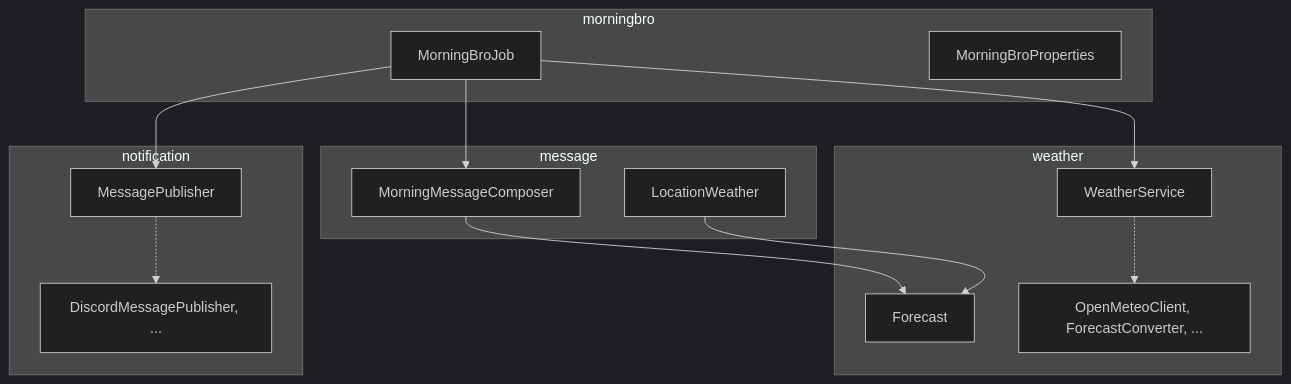
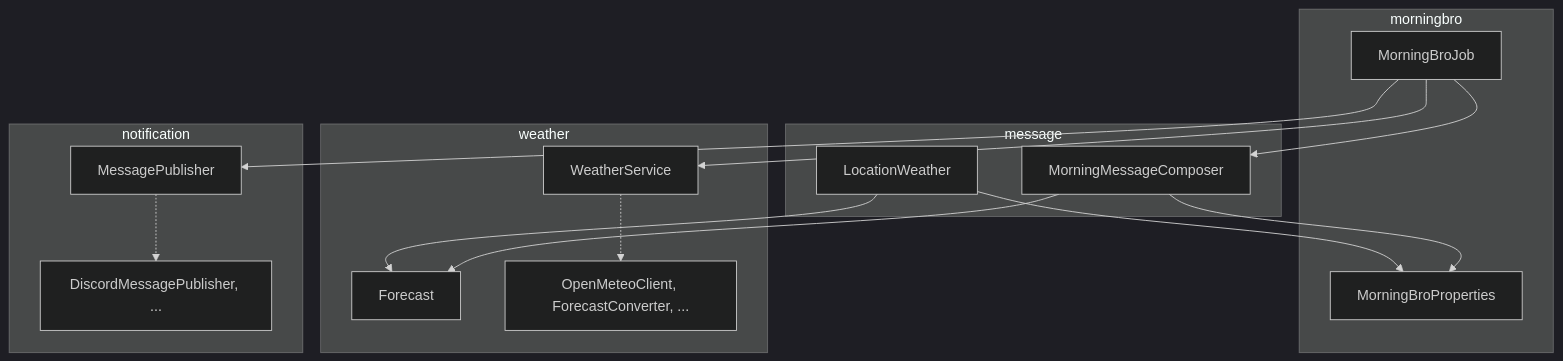
One commit to lefpap/morning-bro changed the second of 3 diagrams in docs/architecture.md. Above: the diagram before and after it, drawn with Mermaid (dark theme). The commit also changed other lines of this file, not shown here.

Commit message:
docs(#07): ground architecture design decisions in recorded reasons

````diff
--- a/docs/architecture.md
+++ b/docs/architecture.md
@@ -30,25 +30,27 @@
 ```mermaid
 flowchart TB
     subgraph root["morningbro"]
         Job["MorningBroJob"]
         Props["MorningBroProperties"]
     end
     subgraph weather["weather"]
         WS["WeatherService"]
         FC["Forecast"]
         WS -.-> OMC["OpenMeteoClient, ForecastConverter, ..."]
     end
     subgraph message["message"]
         MC["MorningMessageComposer"]
         LW["LocationWeather"]
     end
     subgraph notification["notification"]
         MP["MessagePublisher"]
         MP -.-> DMP["DiscordMessagePublisher, ..."]
     end
     Job --> WS
     Job --> MC
     Job --> MP
     MC --> FC
     LW --> FC
+    MC --> Props
+    LW --> Props
 ```
````
